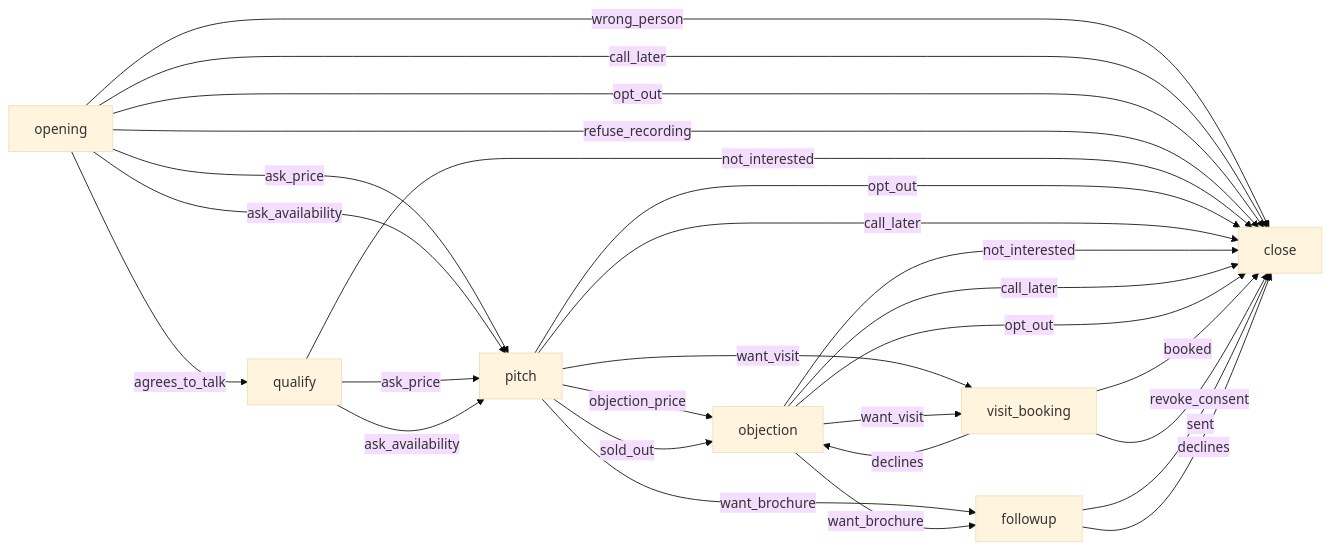
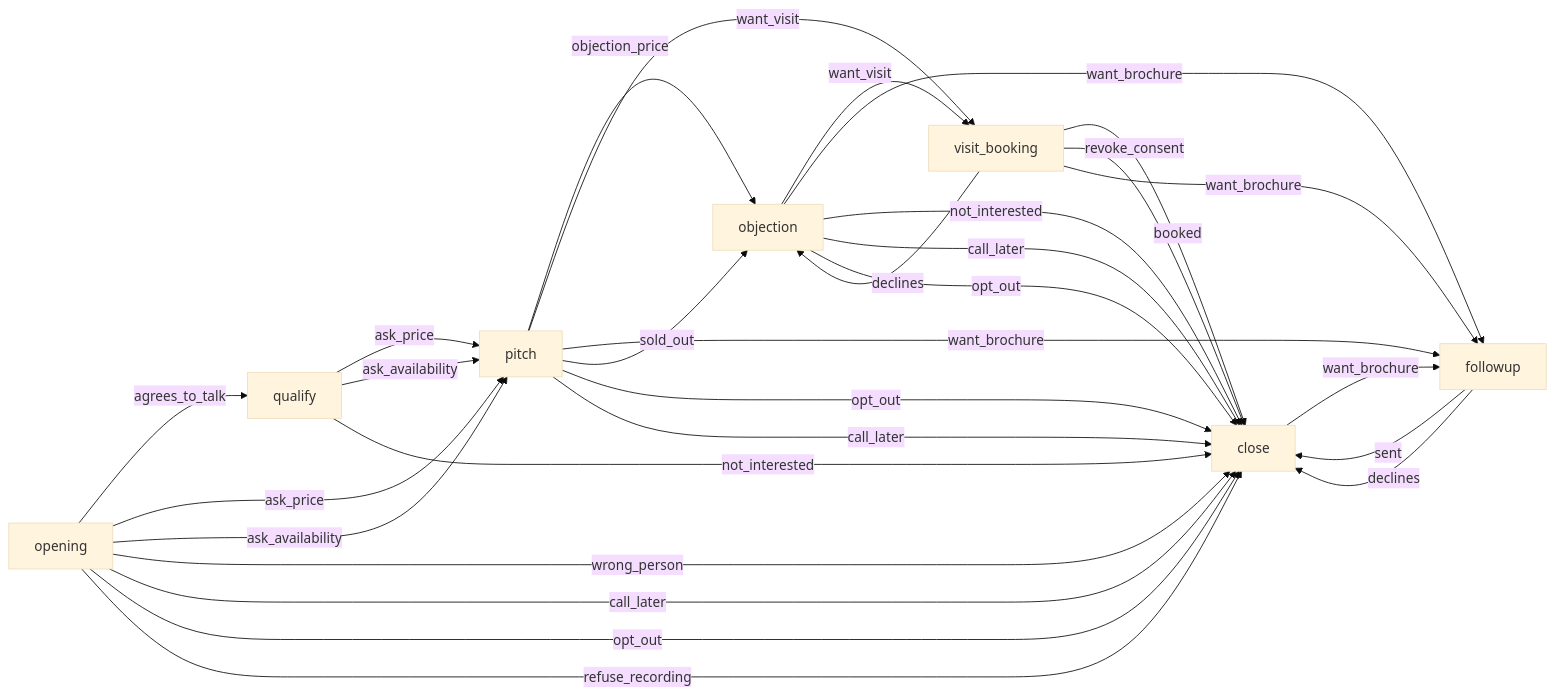
One commit to Ryugi62/proofcall changed the diagram in export/pathway.md. Above: the diagram before and after it, drawn with Mermaid (base theme). The commit also changed 9 other files, not shown here.

First line of the commit message:
Pathway: an action owned by a connected node moves the call there (Condition edge); visit_booking/close -> followup on want_brochure

````diff
--- a/export/pathway.md
+++ b/export/pathway.md
@@ -3,29 +3,31 @@
 ```mermaid
 flowchart LR
   opening -- agrees_to_talk --> qualify
   opening -- ask_price --> pitch
   opening -- ask_availability --> pitch
   opening -- wrong_person --> close
   opening -- call_later --> close
   opening -- opt_out --> close
   opening -- refuse_recording --> close
   qualify -- ask_price --> pitch
   qualify -- ask_availability --> pitch
   qualify -- not_interested --> close
   pitch -- objection_price --> objection
   pitch -- want_visit --> visit_booking
   pitch -- want_brochure --> followup
   pitch -- sold_out --> objection
   pitch -- opt_out --> close
   pitch -- call_later --> close
   objection -- want_visit --> visit_booking
   objection -- want_brochure --> followup
   objection -- not_interested --> close
   objection -- call_later --> close
   objection -- opt_out --> close
   visit_booking -- booked --> close
   visit_booking -- declines --> objection
   visit_booking -- revoke_consent --> close
+  visit_booking -- want_brochure --> followup
   followup -- sent --> close
   followup -- declines --> close
+  close -- want_brochure --> followup
 ```
````
